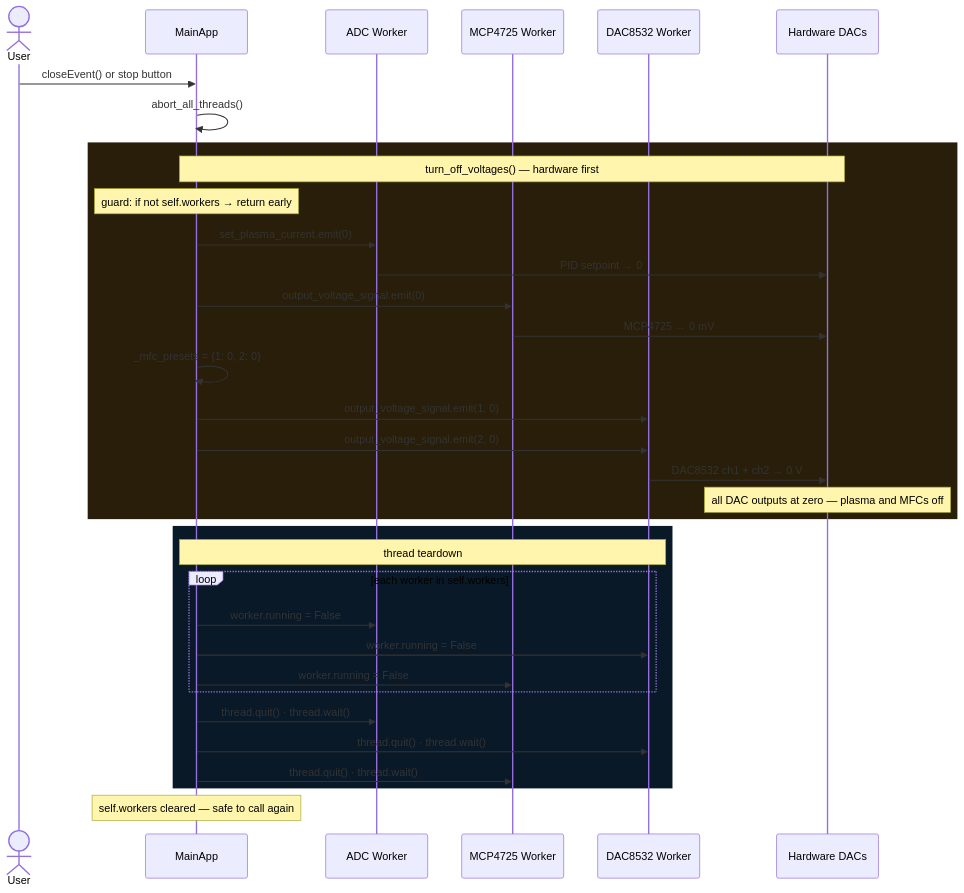
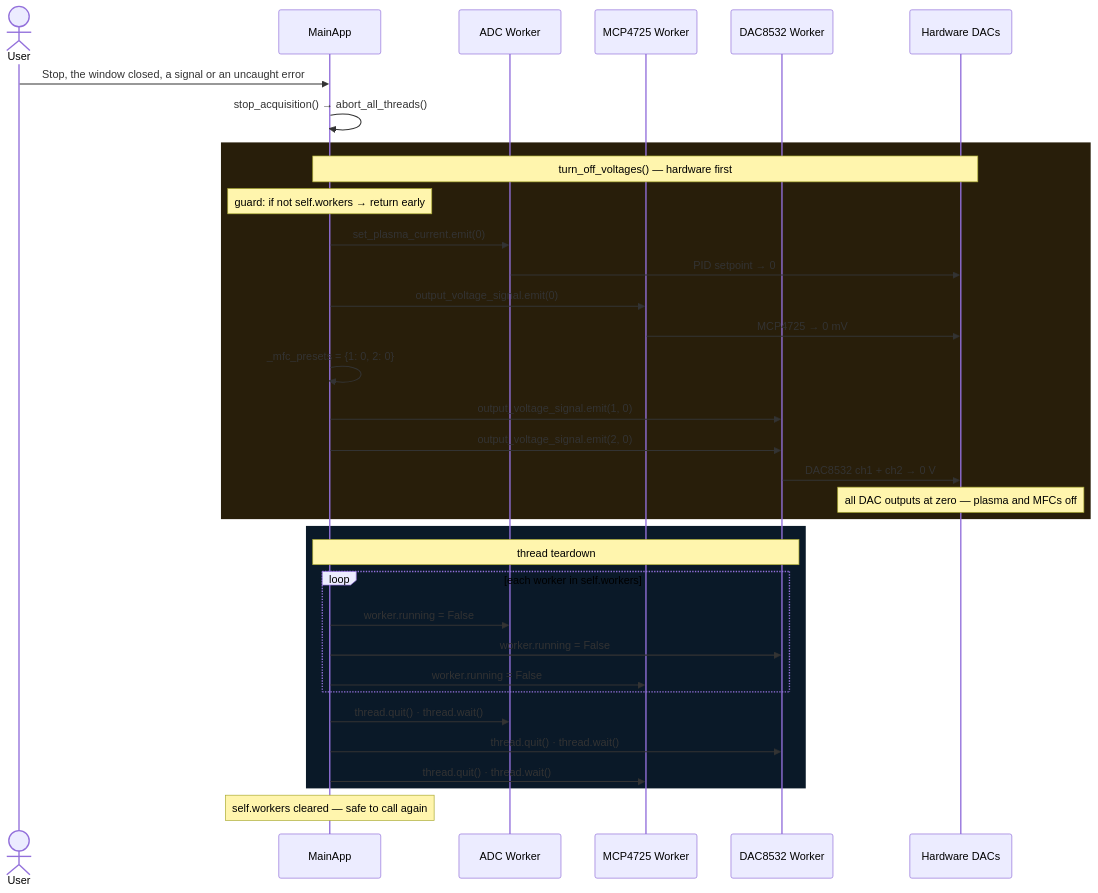
Before and after one commit to queezz/ControlUnit: the second of 2 diagrams in docs/architecture/qt-threading.md, drawn with Mermaid. The commit also changed other lines of this file and 14 other files, not shown here.

````diff
--- a/docs/architecture/qt-threading.md
+++ b/docs/architecture/qt-threading.md
@@ -190,40 +214,40 @@
 ```mermaid
 sequenceDiagram
     actor User
     participant App as MainApp
     participant ADC as ADC Worker
     participant PC as MCP4725 Worker
     participant MFCs as DAC8532 Worker
     participant HW as Hardware DACs
 
-    User->>App: closeEvent() or stop button
-    App->>App: abort_all_threads()
+    User->>App: Stop, the window closed, a signal or an uncaught error
+    App->>App: stop_acquisition() → abort_all_threads()
 
     rect rgb(40, 30, 10)
         Note over App,HW: turn_off_voltages() — hardware first
         Note over App: guard: if not self.workers → return early
         App->>ADC: set_plasma_current.emit(0)
         ADC->>HW: PID setpoint → 0
         App->>PC: output_voltage_signal.emit(0)
         PC->>HW: MCP4725 → 0 mV
         App->>App: _mfc_presets = {1: 0, 2: 0}
         App->>MFCs: output_voltage_signal.emit(1, 0)
         App->>MFCs: output_voltage_signal.emit(2, 0)
         MFCs->>HW: DAC8532 ch1 + ch2 → 0 V
         Note over HW: all DAC outputs at zero — plasma and MFCs off
     end
 
     rect rgb(10, 25, 40)
         Note over App,MFCs: thread teardown
         loop each worker in self.workers
             App->>ADC: worker.running = False
             App->>MFCs: worker.running = False
             App->>PC: worker.running = False
         end
         App->>ADC: thread.quit() · thread.wait()
         App->>MFCs: thread.quit() · thread.wait()
         App->>PC: thread.quit() · thread.wait()
     end
 
     Note over App: self.workers cleared — safe to call again
 ```
````
